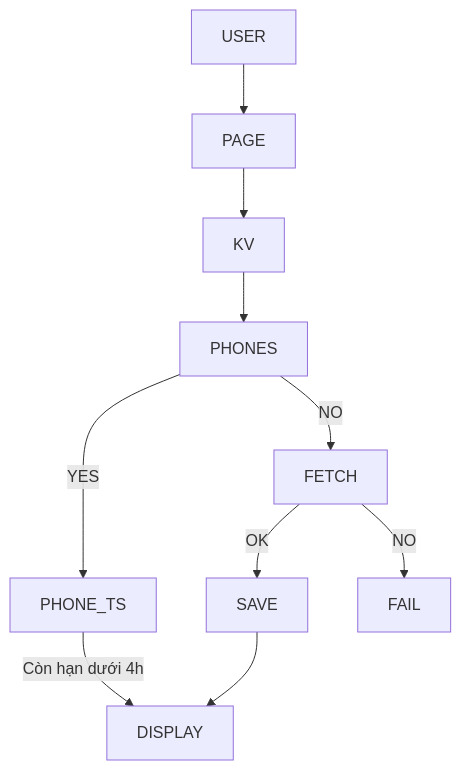
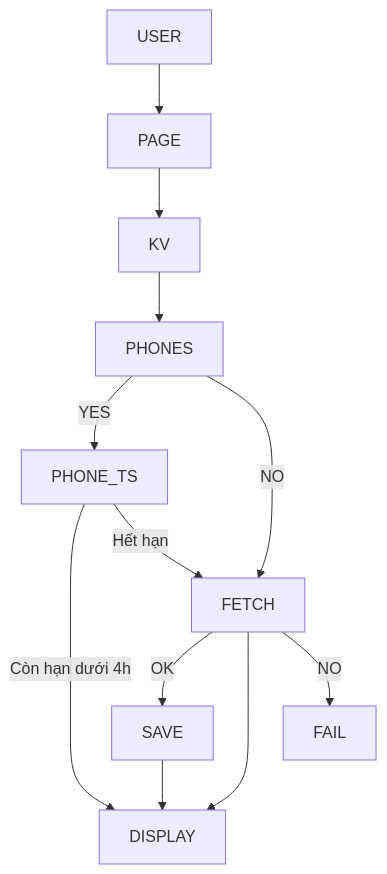
The diagram in README.md (rungkhoai/cf-worker-call-redirect-docs), drawn with Mermaid before and after one commit.

````diff
--- a/README.md
+++ b/README.md
@@ -3,9 +3,11 @@
 ```mermaid
 flowchart TD
 USER --> PAGE --> KV --> PHONES --> |YES| PHONE_TS --> |"Còn hạn dưới 4h"| DISPLAY
 
 PHONES -->|NO| FETCH --> |OK| SAVE --> DISPLAY
 
+PHONE_TS --> |"Hết hạn"| FETCH --> DISPLAY
+
 FETCH --> |NO| FAIL
 
 ```
````
